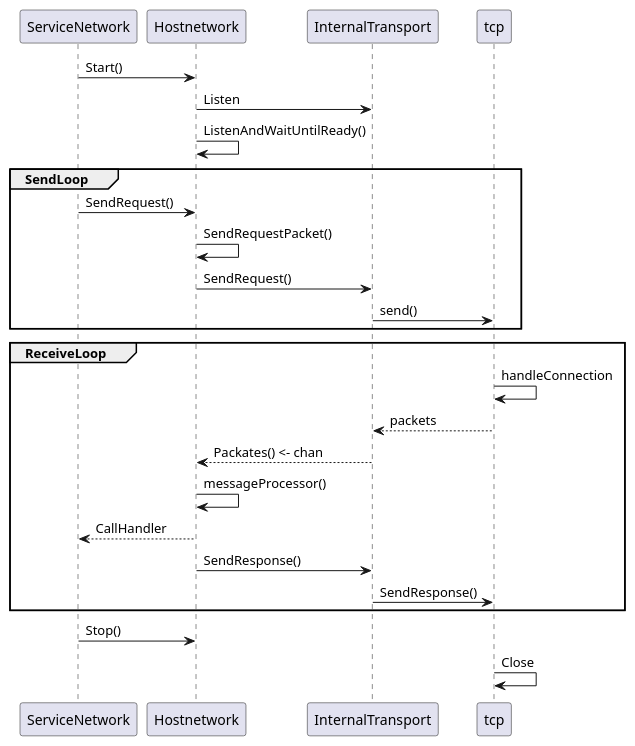
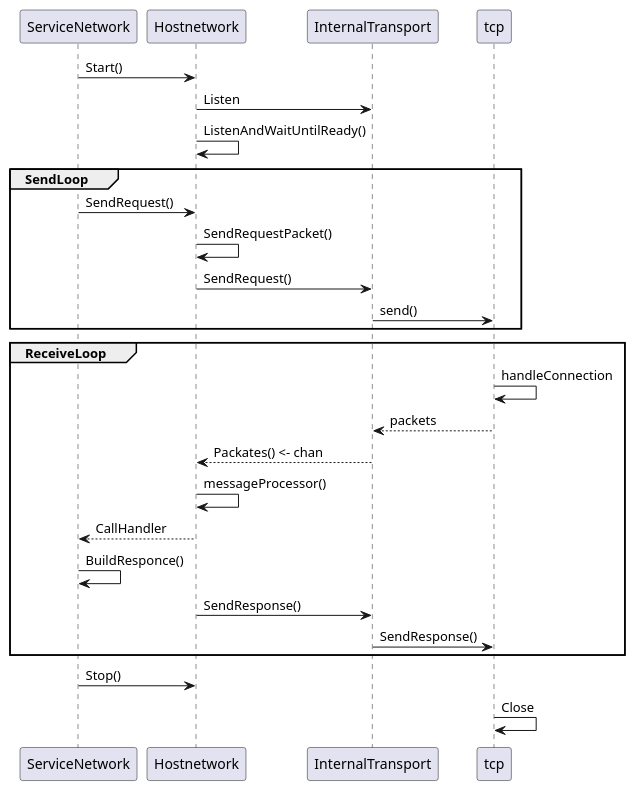
Before and after one commit to i-znl/insolar: the diagram in uml/transport-seq.puml, drawn with PlantUML. The commit also changed 1 other file, not shown here.

```diff
--- a/uml/transport-seq.puml
+++ b/uml/transport-seq.puml
@@ -1,27 +1,28 @@
 @startuml
 
 ServiceNetwork -> Hostnetwork: Start()
 Hostnetwork -> InternalTransport: Listen
 Hostnetwork -> Hostnetwork: ListenAndWaitUntilReady()
 
 group SendLoop
 ServiceNetwork -> Hostnetwork: SendRequest()
 Hostnetwork -> Hostnetwork: SendRequestPacket()
 Hostnetwork -> InternalTransport: SendRequest()
 InternalTransport -> tcp: send()
 end
 
 group ReceiveLoop
 tcp -> tcp: handleConnection
 tcp --> InternalTransport: packets
 InternalTransport --> Hostnetwork: Packates() <- chan
 Hostnetwork -> Hostnetwork: messageProcessor()
 Hostnetwork --> ServiceNetwork: CallHandler
+ServiceNetwork->ServiceNetwork: BuildResponce()
 Hostnetwork -> InternalTransport: SendResponse()
 InternalTransport -> tcp: SendResponse()
 end
 
 ServiceNetwork -> Hostnetwork: Stop()
 tcp -> tcp:Close
 
 @enduml
```
